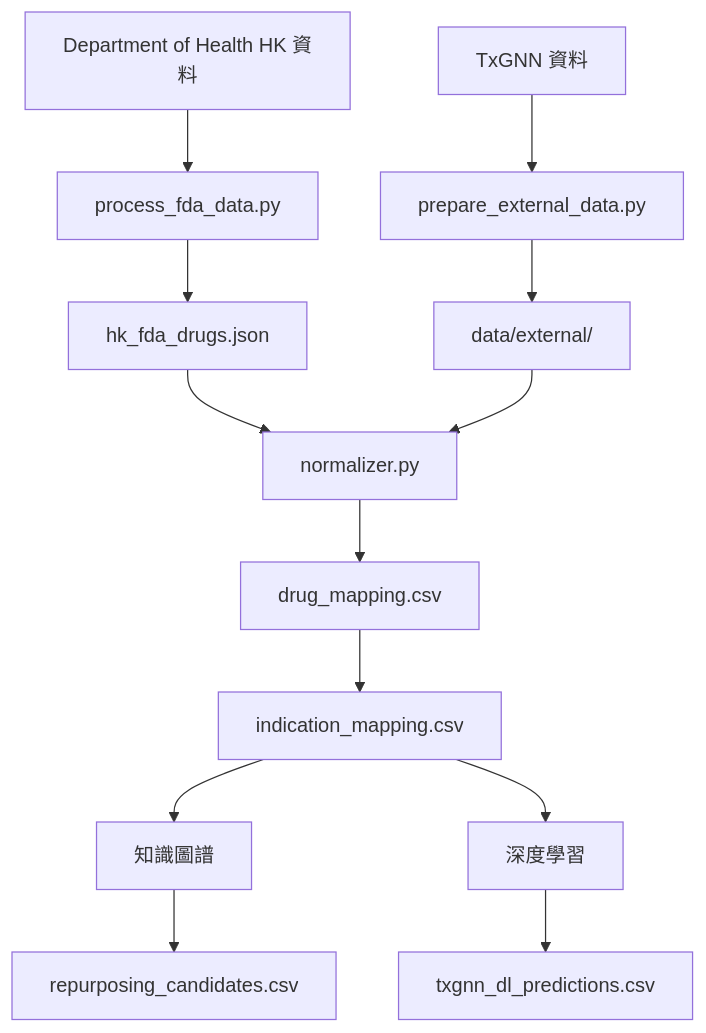
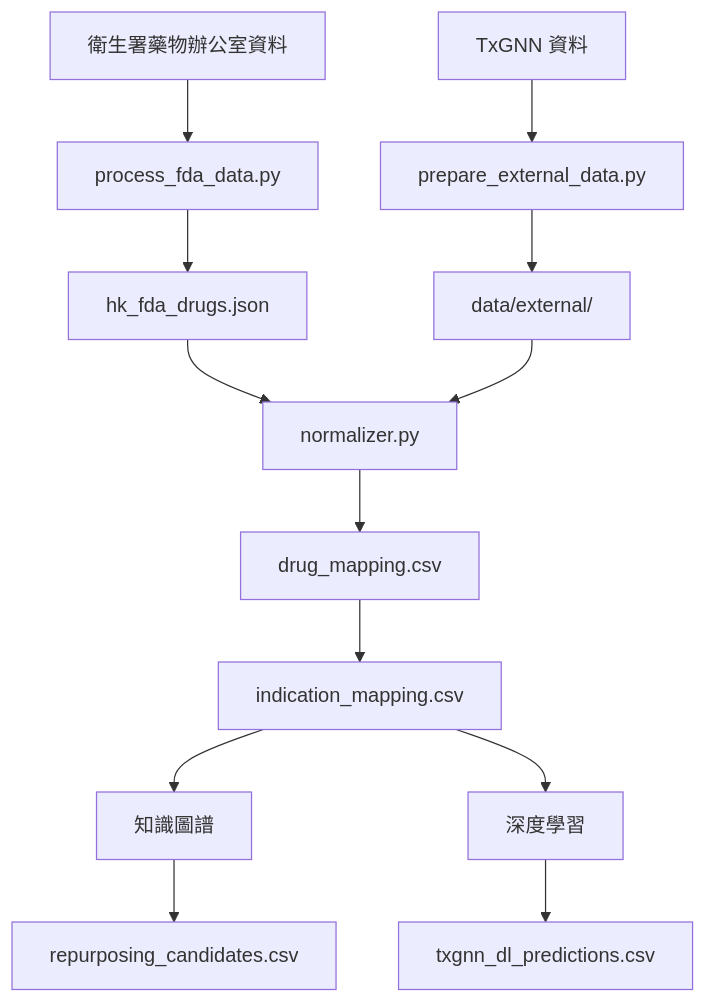
The second of 2 diagrams in README.md (yao-care/HkTxGNN), drawn with Mermaid before and after one commit. The commit also changed other lines of this file, not shown here.

````diff
--- a/README.md
+++ b/README.md
@@ -302,20 +302,20 @@
 ```mermaid
 flowchart TD
-    FDA["Department of Health HK 資料"] --> proc["process_fda_data.py"]
+    FDA["衛生署藥物辦公室資料"] --> proc["process_fda_data.py"]
     TxGNN["TxGNN 資料"] --> prep["prepare_external_data.py"]
 
     proc --> json["hk_fda_drugs.json"]
     prep --> ext["data/external/"]
 
     json --> norm["normalizer.py"]
     ext --> norm
 
     norm --> drug_map["drug_mapping.csv"]
     drug_map --> ind_map["indication_mapping.csv"]
 
     ind_map --> KG["知識圖譜"]
     ind_map --> DL["深度學習"]
 
     KG --> kg_out["repurposing_candidates.csv"]
     DL --> dl_out["txgnn_dl_predictions.csv"]
 ```
````
